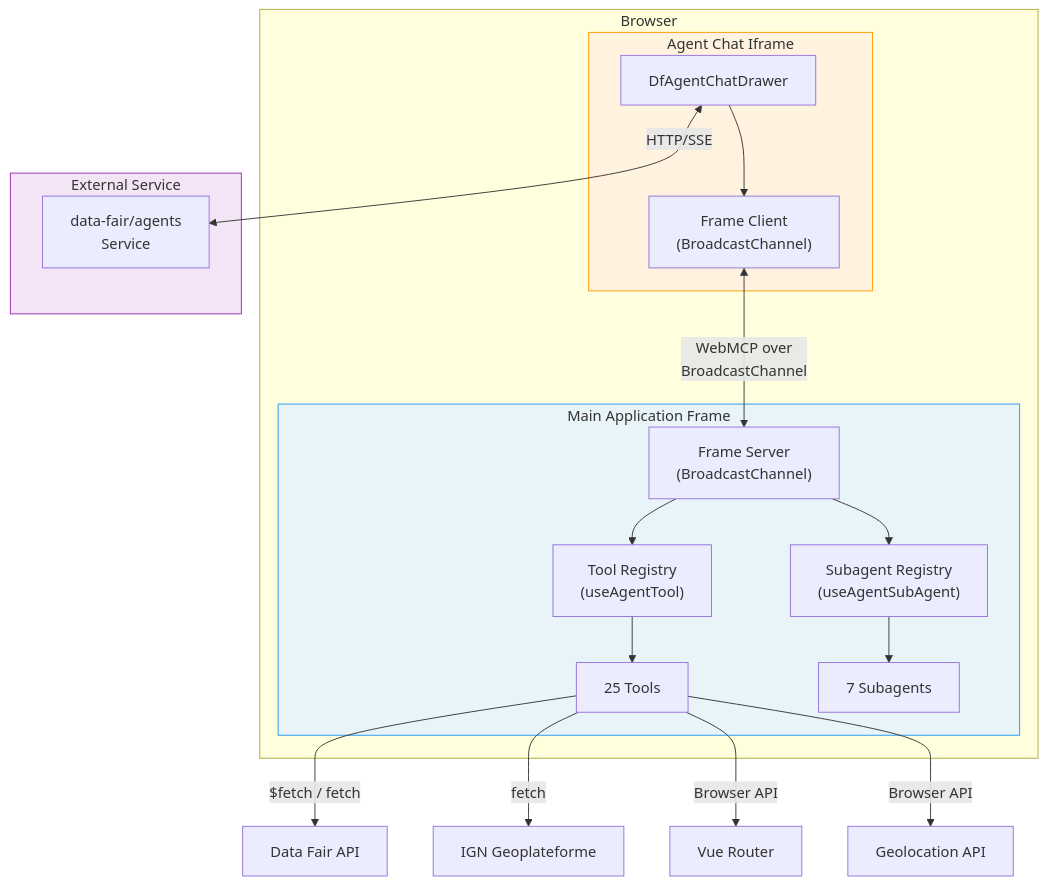
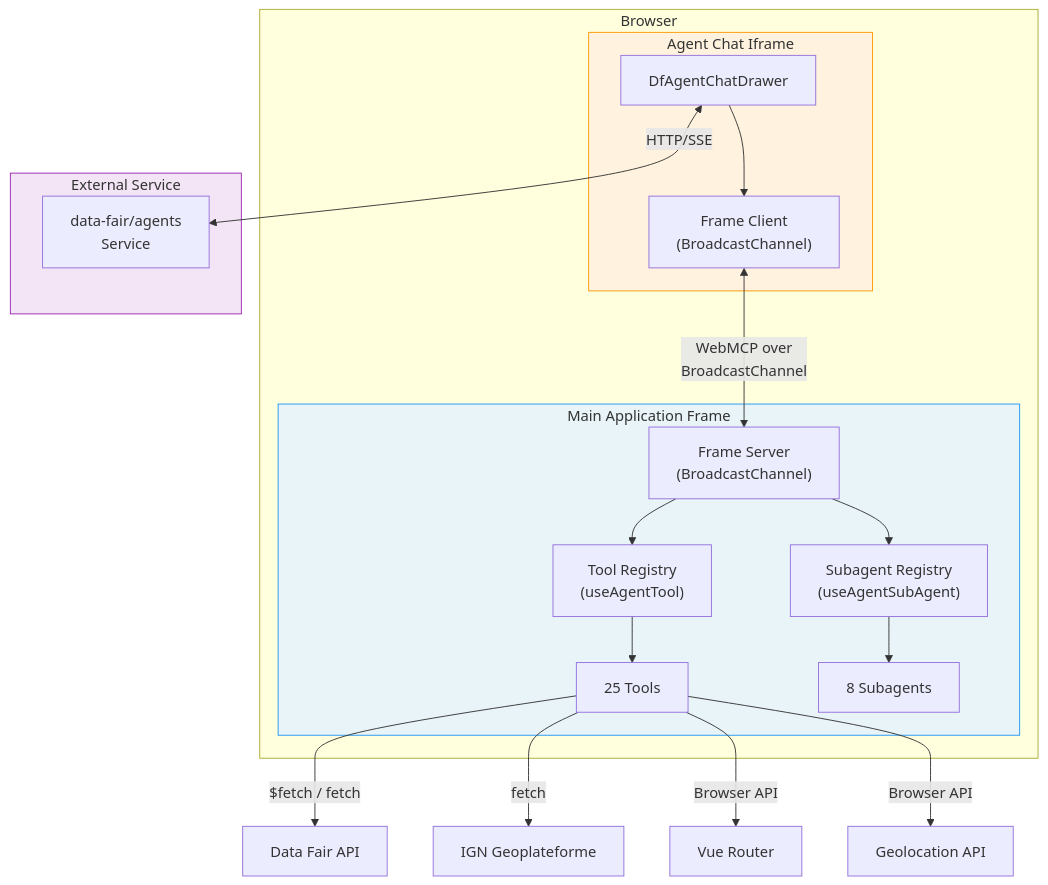
Before and after one commit to data-fair/data-fair: the first of 3 diagrams in docs/architecture/agent-integration.md, drawn with Mermaid. The commit also changed other lines of this file and 4 other files, not shown here.

````diff
--- a/docs/architecture/agent-integration.md
+++ b/docs/architecture/agent-integration.md
@@ -31,34 +31,34 @@
 ```mermaid
 graph TB
     subgraph Browser
         subgraph MainFrame["Main Application Frame"]
             FS["Frame Server<br/>(BroadcastChannel)"]
             TR["Tool Registry<br/>(useAgentTool)"]
             SR["Subagent Registry<br/>(useAgentSubAgent)"]
             Tools["25 Tools"]
-            SubAgents["7 Subagents"]
+            SubAgents["8 Subagents"]
             TR --> Tools
             SR --> SubAgents
             FS --> TR
             FS --> SR
         end
         subgraph ChatIframe["Agent Chat Iframe"]
             CD["DfAgentChatDrawer"]
             FC["Frame Client<br/>(BroadcastChannel)"]
             CD --> FC
         end
         FC <-->|"WebMCP over<br/>BroadcastChannel"| FS
     end
     subgraph External["External Service"]
         AS["data-fair/agents<br/>Service"]
     end
     CD <-->|"HTTP/SSE"| AS
     Tools -->|"$fetch / fetch"| API["Data Fair API"]
     Tools -->|"fetch"| GEO["IGN Geoplateforme"]
     Tools -->|"Browser API"| NAV["Vue Router"]
     Tools -->|"Browser API"| GEOLOC["Geolocation API"]
 
     style MainFrame fill:#e8f4f8,stroke:#2196F3
     style ChatIframe fill:#fff3e0,stroke:#FF9800
     style External fill:#f3e5f5,stroke:#9C27B0
 ```
````
